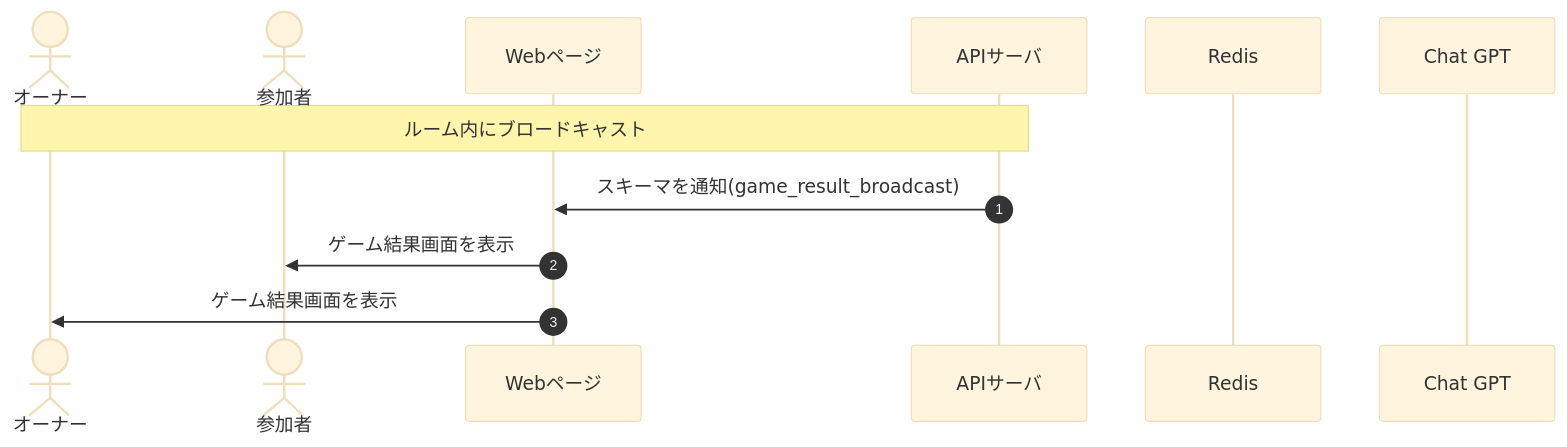
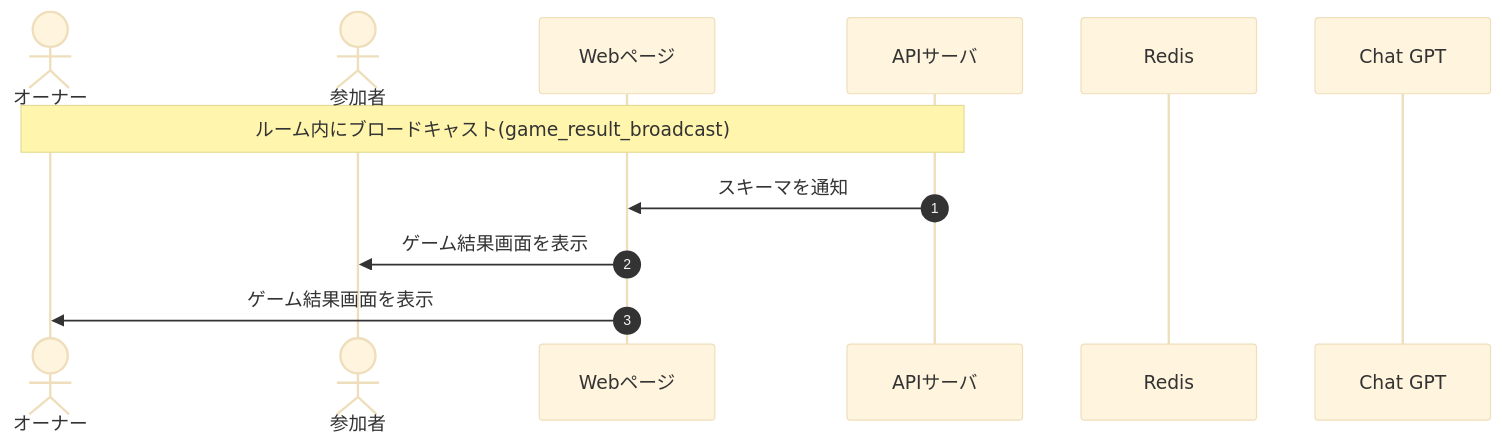
The diagram in docs/DesignDog/11_ゲーム結果.md (Tanakaryuki/chat_wolf), drawn with Mermaid (base theme) before and after one commit. The commit also changed 29 other files, not shown here.

````diff
--- a/docs/DesignDog/11_ゲーム結果.md
+++ b/docs/DesignDog/11_ゲーム結果.md
@@ -11,15 +11,15 @@
 ```mermaid
 sequenceDiagram
     autonumber
     actor owner as オーナー
     actor participants as 参加者
     participant front as Webページ
     participant api as APIサーバ
     participant db as Redis
     participant ai as Chat GPT
 
-    Note over owner,api: ルーム内にブロードキャスト
-    api->>front: スキーマを通知(game_result_broadcast)
+    Note over owner,api: ルーム内にブロードキャスト(game_result_broadcast)
+    api->>front: スキーマを通知
     front->>participants: ゲーム結果画面を表示
     front->>owner: ゲーム結果画面を表示
 ```
````
